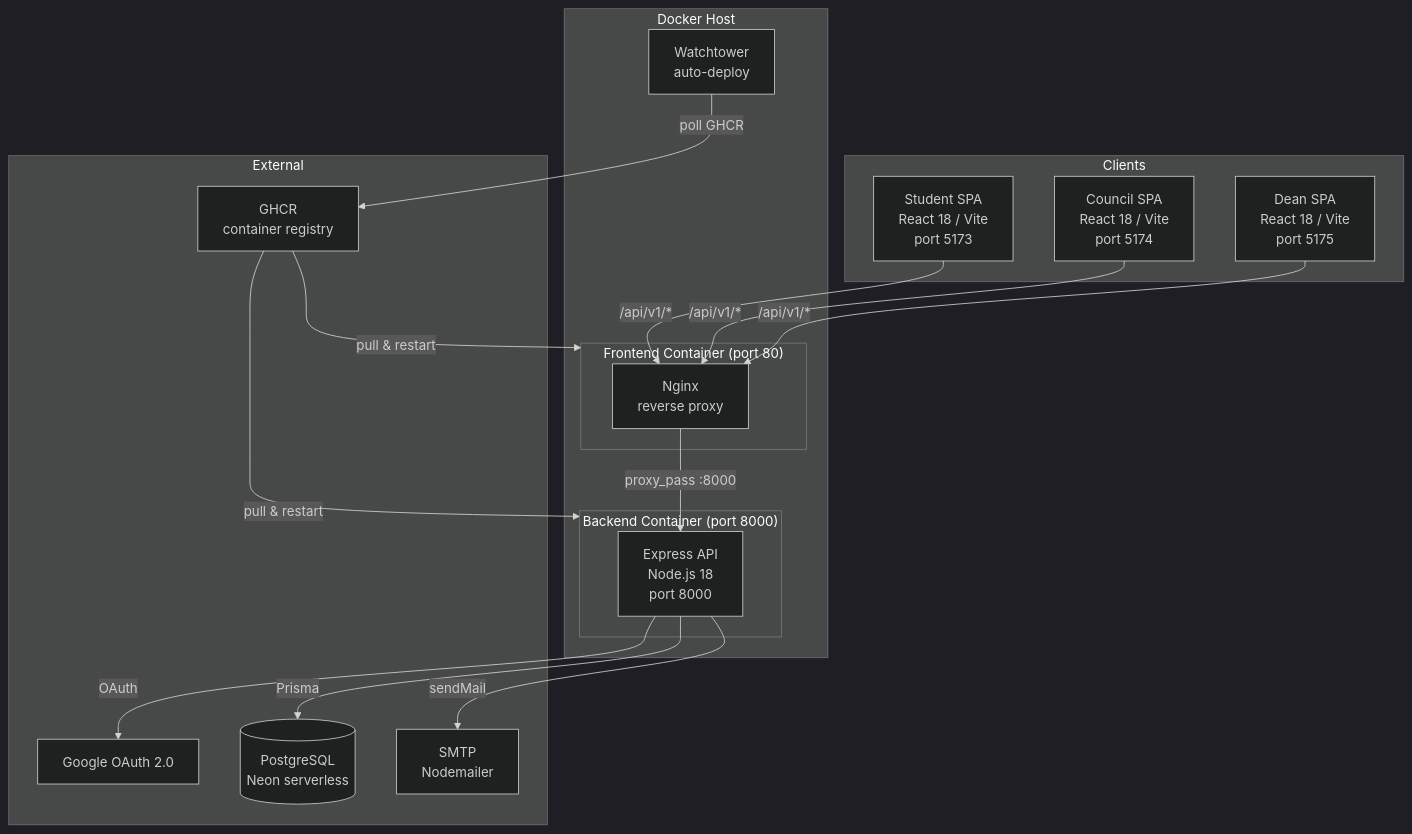
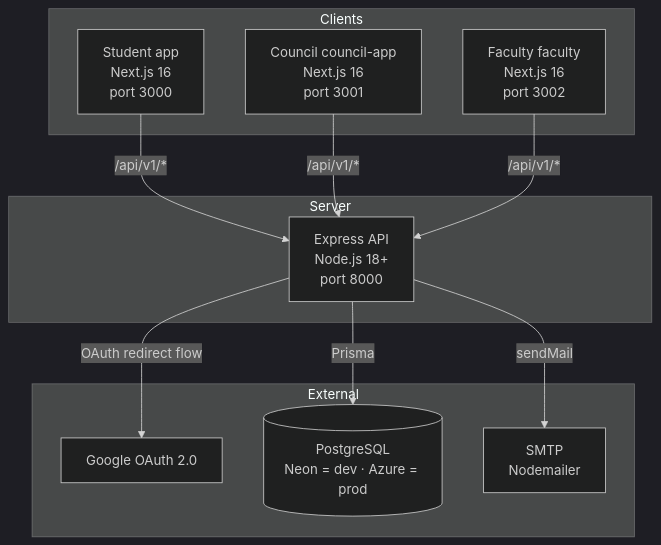
The diagram in README.md (csikjsce/eventio-3.0), drawn with Mermaid (dark theme) before and after one commit. The commit also changed other lines of this file and 10 other files, not shown here.

````diff
--- a/README.md
+++ b/README.md
@@ -45,36 +66,25 @@
 ```mermaid
 graph TB
     subgraph Clients
-        S[Student SPA<br/>React 18 / Vite<br/>port 5173]
-        C[Council SPA<br/>React 18 / Vite<br/>port 5174]
-        D[Dean SPA<br/>React 18 / Vite<br/>port 5175]
+        S[Student app<br/>Next.js 16<br/>port 3000]
+        C[Council council-app<br/>Next.js 16<br/>port 3001]
+        F[Faculty faculty<br/>Next.js 16<br/>port 3002]
     end
 
-    subgraph Docker Host
-        subgraph frontend-container["Frontend Container (port 80)"]
-            N[Nginx<br/>reverse proxy]
-        end
-        subgraph backend-container["Backend Container (port 8000)"]
-            E[Express API<br/>Node.js 18<br/>port 8000]
-        end
-        W[Watchtower<br/>auto-deploy]
+    subgraph Server
+        E[Express API<br/>Node.js 18+<br/>port 8000]
     end
 
     subgraph External
         G[Google OAuth 2.0]
-        DB[(PostgreSQL<br/>Neon serverless)]
-        GHCR[GHCR<br/>container registry]
+        DB[(PostgreSQL<br/>Neon = dev · Azure = prod)]
         SMTP[SMTP<br/>Nodemailer]
     end
 
-    S -->|/api/v1/*| N
-    C -->|/api/v1/*| N
-    D -->|/api/v1/*| N
-    N -->|proxy_pass :8000| E
+    S -->|/api/v1/*| E
+    C -->|/api/v1/*| E
+    F -->|/api/v1/*| E
     E -->|Prisma| DB
-    E -->|OAuth| G
+    E -->|OAuth redirect flow| G
     E -->|sendMail| SMTP
-    W -->|poll GHCR| GHCR
-    GHCR -->|pull & restart| frontend-container
-    GHCR -->|pull & restart| backend-container
 ```
````
